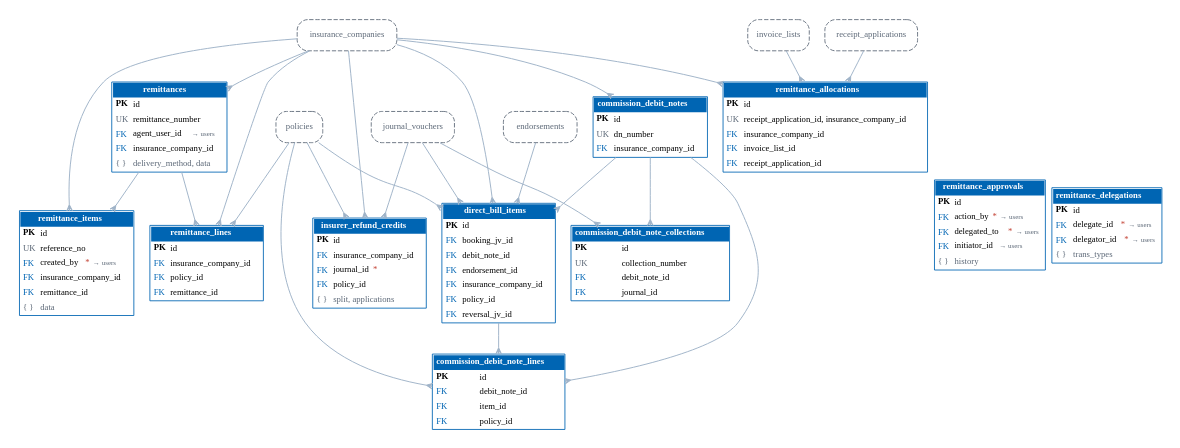
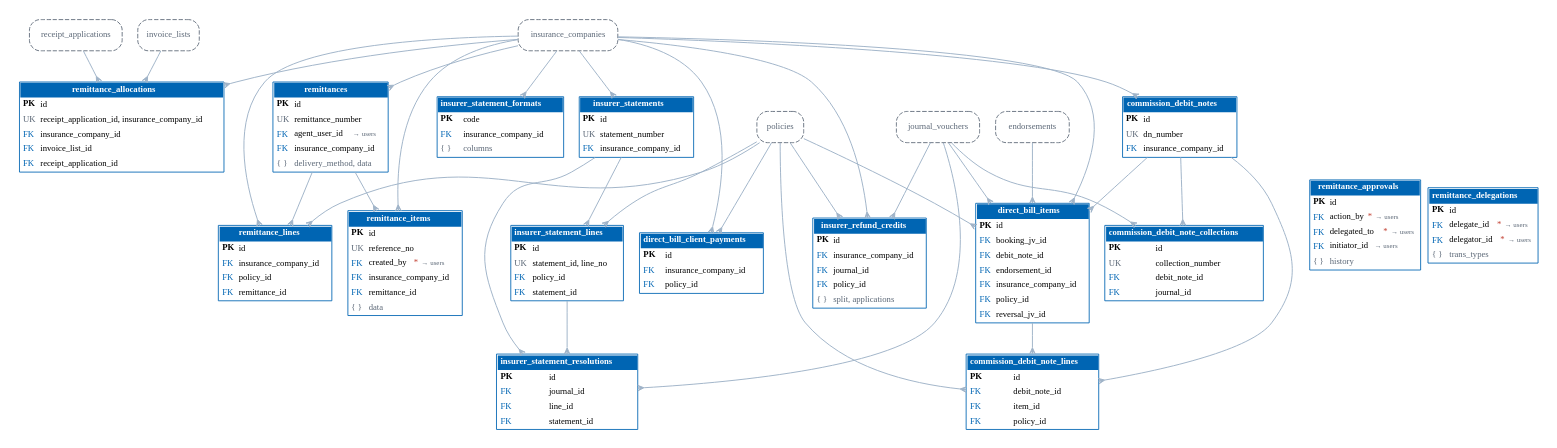
One commit to IortaTexhNXT-DEV/BDOI-OOTB changed the diagram in docs/architecture/diagrams/er_remittance_directbill.dot. Above: the diagram before and after it, drawn with Graphviz. The commit also changed 124 other files, not shown here.

Commit message:
Developer documentation refresh: technical reference with module catalogue and code review guide, architecture and security, data dictionary at migration 0322, API catalogue, architecture set 1.2, developer guide, release notes 1.1

```diff
--- a/docs/architecture/diagrams/er_remittance_directbill.dot
+++ b/docs/architecture/diagrams/er_remittance_directbill.dot
@@ -9,11 +9,16 @@
   "remittance_approvals" [label=<<table border="1" cellborder="0" cellspacing="0" cellpadding="3" color="#0065B3"><tr><td colspan="2" bgcolor="#0065B3"><font color="white"><b>remittance_approvals</b></font></td></tr><tr><td align="left" balign="left"><b>PK</b></td><td align="left">id</td></tr><tr><td align="left"><font color="#0065B3">FK</font></td><td align="left">action_by<font color="#C0392B">*</font> <font color="#5B6776" point-size="8">&#8594; users</font></td></tr><tr><td align="left"><font color="#0065B3">FK</font></td><td align="left">delegated_to<font color="#C0392B">*</font> <font color="#5B6776" point-size="8">&#8594; users</font></td></tr><tr><td align="left"><font color="#0065B3">FK</font></td><td align="left">initiator_id <font color="#5B6776" point-size="8">&#8594; users</font></td></tr><tr><td align="left"><font color="#5B6776">{ }</font></td><td align="left"><font color="#5B6776">history</font></td></tr></table>>];
   "remittance_delegations" [label=<<table border="1" cellborder="0" cellspacing="0" cellpadding="3" color="#0065B3"><tr><td colspan="2" bgcolor="#0065B3"><font color="white"><b>remittance_delegations</b></font></td></tr><tr><td align="left" balign="left"><b>PK</b></td><td align="left">id</td></tr><tr><td align="left"><font color="#0065B3">FK</font></td><td align="left">delegate_id<font color="#C0392B">*</font> <font color="#5B6776" point-size="8">&#8594; users</font></td></tr><tr><td align="left"><font color="#0065B3">FK</font></td><td align="left">delegator_id<font color="#C0392B">*</font> <font color="#5B6776" point-size="8">&#8594; users</font></td></tr><tr><td align="left"><font color="#5B6776">{ }</font></td><td align="left"><font color="#5B6776">trans_types</font></td></tr></table>>];
   "remittance_allocations" [label=<<table border="1" cellborder="0" cellspacing="0" cellpadding="3" color="#0065B3"><tr><td colspan="2" bgcolor="#0065B3"><font color="white"><b>remittance_allocations</b></font></td></tr><tr><td align="left" balign="left"><b>PK</b></td><td align="left">id</td></tr><tr><td align="left"><font color="#5B6776">UK</font></td><td align="left">receipt_application_id, insurance_company_id</td></tr><tr><td align="left"><font color="#0065B3">FK</font></td><td align="left">insurance_company_id</td></tr><tr><td align="left"><font color="#0065B3">FK</font></td><td align="left">invoice_list_id</td></tr><tr><td align="left"><font color="#0065B3">FK</font></td><td align="left">receipt_application_id</td></tr></table>>];
-  "insurer_refund_credits" [label=<<table border="1" cellborder="0" cellspacing="0" cellpadding="3" color="#0065B3"><tr><td colspan="2" bgcolor="#0065B3"><font color="white"><b>insurer_refund_credits</b></font></td></tr><tr><td align="left" balign="left"><b>PK</b></td><td align="left">id</td></tr><tr><td align="left"><font color="#0065B3">FK</font></td><td align="left">insurance_company_id</td></tr><tr><td align="left"><font color="#0065B3">FK</font></td><td align="left">journal_id<font color="#C0392B">*</font></td></tr><tr><td align="left"><font color="#0065B3">FK</font></td><td align="left">policy_id</td></tr><tr><td align="left"><font color="#5B6776">{ }</font></td><td align="left"><font color="#5B6776">split, applications</font></td></tr></table>>];
+  "insurer_refund_credits" [label=<<table border="1" cellborder="0" cellspacing="0" cellpadding="3" color="#0065B3"><tr><td colspan="2" bgcolor="#0065B3"><font color="white"><b>insurer_refund_credits</b></font></td></tr><tr><td align="left" balign="left"><b>PK</b></td><td align="left">id</td></tr><tr><td align="left"><font color="#0065B3">FK</font></td><td align="left">insurance_company_id</td></tr><tr><td align="left"><font color="#0065B3">FK</font></td><td align="left">journal_id</td></tr><tr><td align="left"><font color="#0065B3">FK</font></td><td align="left">policy_id</td></tr><tr><td align="left"><font color="#5B6776">{ }</font></td><td align="left"><font color="#5B6776">split, applications</font></td></tr></table>>];
   "commission_debit_notes" [label=<<table border="1" cellborder="0" cellspacing="0" cellpadding="3" color="#0065B3"><tr><td colspan="2" bgcolor="#0065B3"><font color="white"><b>commission_debit_notes</b></font></td></tr><tr><td align="left" balign="left"><b>PK</b></td><td align="left">id</td></tr><tr><td align="left"><font color="#5B6776">UK</font></td><td align="left">dn_number</td></tr><tr><td align="left"><font color="#0065B3">FK</font></td><td align="left">insurance_company_id</td></tr></table>>];
   "commission_debit_note_lines" [label=<<table border="1" cellborder="0" cellspacing="0" cellpadding="3" color="#0065B3"><tr><td colspan="2" bgcolor="#0065B3"><font color="white"><b>commission_debit_note_lines</b></font></td></tr><tr><td align="left" balign="left"><b>PK</b></td><td align="left">id</td></tr><tr><td align="left"><font color="#0065B3">FK</font></td><td align="left">debit_note_id</td></tr><tr><td align="left"><font color="#0065B3">FK</font></td><td align="left">item_id</td></tr><tr><td align="left"><font color="#0065B3">FK</font></td><td align="left">policy_id</td></tr></table>>];
   "commission_debit_note_collections" [label=<<table border="1" cellborder="0" cellspacing="0" cellpadding="3" color="#0065B3"><tr><td colspan="2" bgcolor="#0065B3"><font color="white"><b>commission_debit_note_collections</b></font></td></tr><tr><td align="left" balign="left"><b>PK</b></td><td align="left">id</td></tr><tr><td align="left"><font color="#5B6776">UK</font></td><td align="left">collection_number</td></tr><tr><td align="left"><font color="#0065B3">FK</font></td><td align="left">debit_note_id</td></tr><tr><td align="left"><font color="#0065B3">FK</font></td><td align="left">journal_id</td></tr></table>>];
   "direct_bill_items" [label=<<table border="1" cellborder="0" cellspacing="0" cellpadding="3" color="#0065B3"><tr><td colspan="2" bgcolor="#0065B3"><font color="white"><b>direct_bill_items</b></font></td></tr><tr><td align="left" balign="left"><b>PK</b></td><td align="left">id</td></tr><tr><td align="left"><font color="#0065B3">FK</font></td><td align="left">booking_jv_id</td></tr><tr><td align="left"><font color="#0065B3">FK</font></td><td align="left">debit_note_id</td></tr><tr><td align="left"><font color="#0065B3">FK</font></td><td align="left">endorsement_id</td></tr><tr><td align="left"><font color="#0065B3">FK</font></td><td align="left">insurance_company_id</td></tr><tr><td align="left"><font color="#0065B3">FK</font></td><td align="left">policy_id</td></tr><tr><td align="left"><font color="#0065B3">FK</font></td><td align="left">reversal_jv_id</td></tr></table>>];
+  "direct_bill_client_payments" [label=<<table border="1" cellborder="0" cellspacing="0" cellpadding="3" color="#0065B3"><tr><td colspan="2" bgcolor="#0065B3"><font color="white"><b>direct_bill_client_payments</b></font></td></tr><tr><td align="left" balign="left"><b>PK</b></td><td align="left">id</td></tr><tr><td align="left"><font color="#0065B3">FK</font></td><td align="left">insurance_company_id</td></tr><tr><td align="left"><font color="#0065B3">FK</font></td><td align="left">policy_id</td></tr></table>>];
+  "insurer_statement_formats" [label=<<table border="1" cellborder="0" cellspacing="0" cellpadding="3" color="#0065B3"><tr><td colspan="2" bgcolor="#0065B3"><font color="white"><b>insurer_statement_formats</b></font></td></tr><tr><td align="left" balign="left"><b>PK</b></td><td align="left">code</td></tr><tr><td align="left"><font color="#0065B3">FK</font></td><td align="left">insurance_company_id</td></tr><tr><td align="left"><font color="#5B6776">{ }</font></td><td align="left"><font color="#5B6776">columns</font></td></tr></table>>];
+  "insurer_statements" [label=<<table border="1" cellborder="0" cellspacing="0" cellpadding="3" color="#0065B3"><tr><td colspan="2" bgcolor="#0065B3"><font color="white"><b>insurer_statements</b></font></td></tr><tr><td align="left" balign="left"><b>PK</b></td><td align="left">id</td></tr><tr><td align="left"><font color="#5B6776">UK</font></td><td align="left">statement_number</td></tr><tr><td align="left"><font color="#0065B3">FK</font></td><td align="left">insurance_company_id</td></tr></table>>];
+  "insurer_statement_lines" [label=<<table border="1" cellborder="0" cellspacing="0" cellpadding="3" color="#0065B3"><tr><td colspan="2" bgcolor="#0065B3"><font color="white"><b>insurer_statement_lines</b></font></td></tr><tr><td align="left" balign="left"><b>PK</b></td><td align="left">id</td></tr><tr><td align="left"><font color="#5B6776">UK</font></td><td align="left">statement_id, line_no</td></tr><tr><td align="left"><font color="#0065B3">FK</font></td><td align="left">policy_id</td></tr><tr><td align="left"><font color="#0065B3">FK</font></td><td align="left">statement_id</td></tr></table>>];
+  "insurer_statement_resolutions" [label=<<table border="1" cellborder="0" cellspacing="0" cellpadding="3" color="#0065B3"><tr><td colspan="2" bgcolor="#0065B3"><font color="white"><b>insurer_statement_resolutions</b></font></td></tr><tr><td align="left" balign="left"><b>PK</b></td><td align="left">id</td></tr><tr><td align="left"><font color="#0065B3">FK</font></td><td align="left">journal_id</td></tr><tr><td align="left"><font color="#0065B3">FK</font></td><td align="left">line_id</td></tr><tr><td align="left"><font color="#0065B3">FK</font></td><td align="left">statement_id</td></tr></table>>];
   "endorsements" [shape=box, style="rounded,dashed", color="#5B6776", fontcolor="#5B6776", label="endorsements"];
   "insurance_companies" [shape=box, style="rounded,dashed", color="#5B6776", fontcolor="#5B6776", label="insurance_companies"];
   "invoice_lists" [shape=box, style="rounded,dashed", color="#5B6776", fontcolor="#5B6776", label="invoice_lists"];
@@ -26,19 +31,28 @@
   "direct_bill_items" -> "commission_debit_note_lines";
   "endorsements" -> "direct_bill_items";
   "insurance_companies" -> "commission_debit_notes";
+  "insurance_companies" -> "direct_bill_client_payments";
   "insurance_companies" -> "direct_bill_items";
   "insurance_companies" -> "insurer_refund_credits";
+  "insurance_companies" -> "insurer_statement_formats";
+  "insurance_companies" -> "insurer_statements";
   "insurance_companies" -> "remittance_allocations";
   "insurance_companies" -> "remittance_items";
   "insurance_companies" -> "remittance_lines";
   "insurance_companies" -> "remittances";
+  "insurer_statement_lines" -> "insurer_statement_resolutions";
+  "insurer_statements" -> "insurer_statement_lines";
+  "insurer_statements" -> "insurer_statement_resolutions";
   "invoice_lists" -> "remittance_allocations";
   "journal_vouchers" -> "commission_debit_note_collections";
   "journal_vouchers" -> "direct_bill_items";
   "journal_vouchers" -> "insurer_refund_credits";
+  "journal_vouchers" -> "insurer_statement_resolutions";
   "policies" -> "commission_debit_note_lines";
+  "policies" -> "direct_bill_client_payments";
   "policies" -> "direct_bill_items";
   "policies" -> "insurer_refund_credits";
+  "policies" -> "insurer_statement_lines";
   "policies" -> "remittance_lines";
   "receipt_applications" -> "remittance_allocations";
   "remittances" -> "remittance_items";
```
